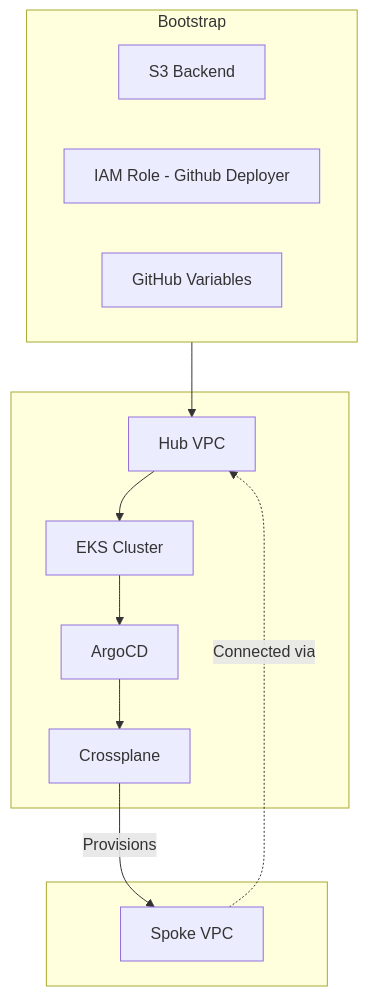
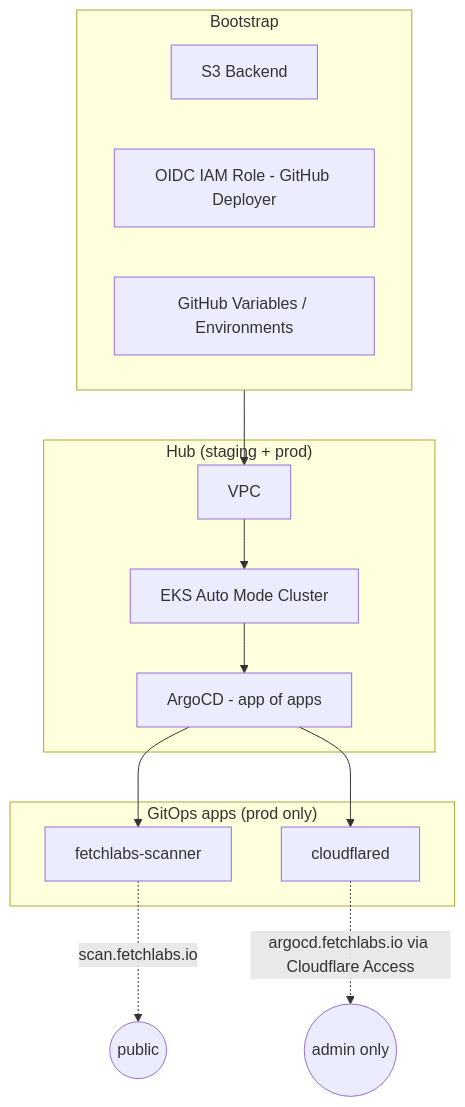
The diagram in README.md (ehermenau/edge-first-infra), drawn with Mermaid before and after one commit. The commit also changed other lines of this file, not shown here.

````diff
--- a/README.md
+++ b/README.md
@@ -16,23 +18,24 @@
 ```mermaid
 graph TB
 
     subgraph "Bootstrap"
         direction LR
         A[S3 Backend]
-        B[IAM Role - Github Deployer]
-        J["GitHub Variables"]
+        B[OIDC IAM Role - GitHub Deployer]
+        J["GitHub Variables / Environments"]
     end
 
-    subgraph " "
-        B --> C[Hub VPC]
-        C --> D[EKS Cluster]
-        D --> E[ArgoCD]
-        E --> H[Crossplane]
+    subgraph "Hub (staging + prod)"
+        B --> C[VPC]
+        C --> D[EKS Auto Mode Cluster]
+        D --> E[ArgoCD - app of apps]
     end
 
-    subgraph " "
-        H -->|Provisions| I[Spoke VPC]
-        I -.->|Connected via| C
+    subgraph "GitOps apps (prod only)"
+        E --> F[fetchlabs-scanner]
+        E --> G[cloudflared]
     end
 
+    F -.->|scan.fetchlabs.io| K((public))
+    G -.->|argocd.fetchlabs.io via Cloudflare Access| L((admin only))
 ```
````
